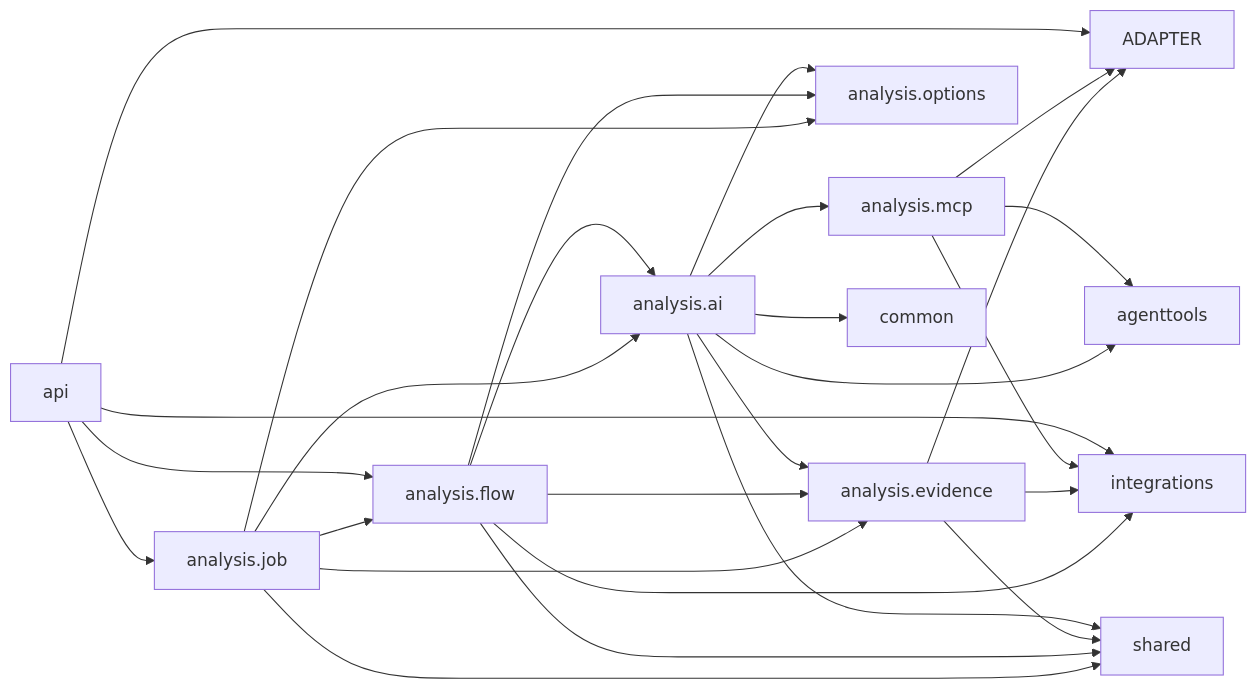
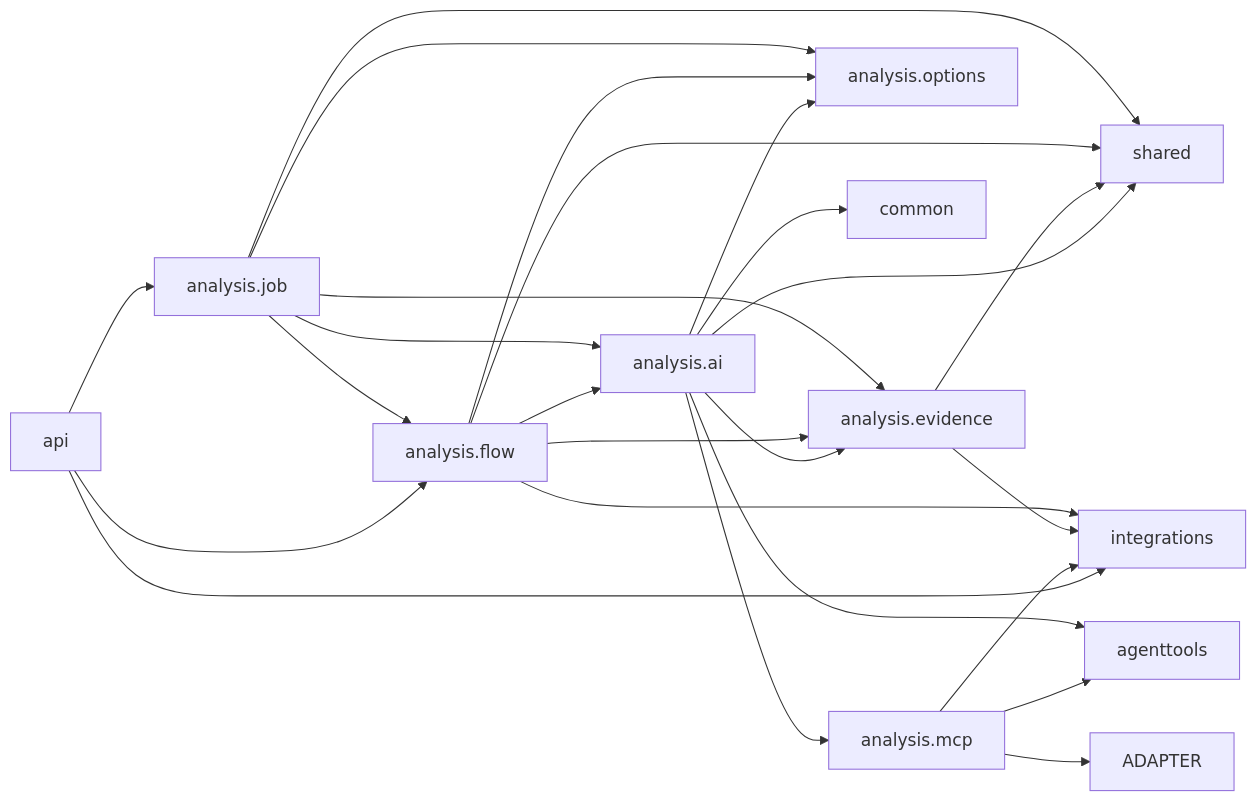
One commit to herald-assistant/incident-tracker changed the second of 2 diagrams in docs/architecture/05-package-dependencies.md. Above: the diagram before and after it, drawn with Mermaid. The commit also changed other lines of this file and 34 other files, not shown here.

Commit message:
Move operational context adapter to integrations

````diff
--- a/docs/architecture/05-package-dependencies.md
+++ b/docs/architecture/05-package-dependencies.md
@@ -141,34 +139,32 @@
 ```mermaid
 flowchart LR
     JOB["analysis.job"] --> FLOW["analysis.flow"]
     JOB --> AI["analysis.ai"]
     JOB --> EVIDENCE["analysis.evidence"]
     JOB --> OPTIONS["analysis.options"]
     JOB --> SHARED["shared"]
 
     FLOW --> EVIDENCE
     FLOW --> AI
     FLOW --> OPTIONS
     FLOW --> INTEGRATIONS["integrations"]
     FLOW --> SHARED
 
-    EVIDENCE --> ADAPTER
     EVIDENCE --> INTEGRATIONS["integrations"]
     EVIDENCE --> SHARED
 
     AI --> MCP["analysis.mcp"]
     AI --> AGENTTOOLS["agenttools"]
     AI --> EVIDENCE
     AI --> OPTIONS
     AI --> COMMON["common"]
     AI --> SHARED
 
     MCP --> ADAPTER
     MCP --> INTEGRATIONS
     MCP --> AGENTTOOLS
 
-    API["api"] --> ADAPTER
-    API --> INTEGRATIONS
+    API["api"] --> INTEGRATIONS
     API --> FLOW
     API --> JOB
 ```
````
